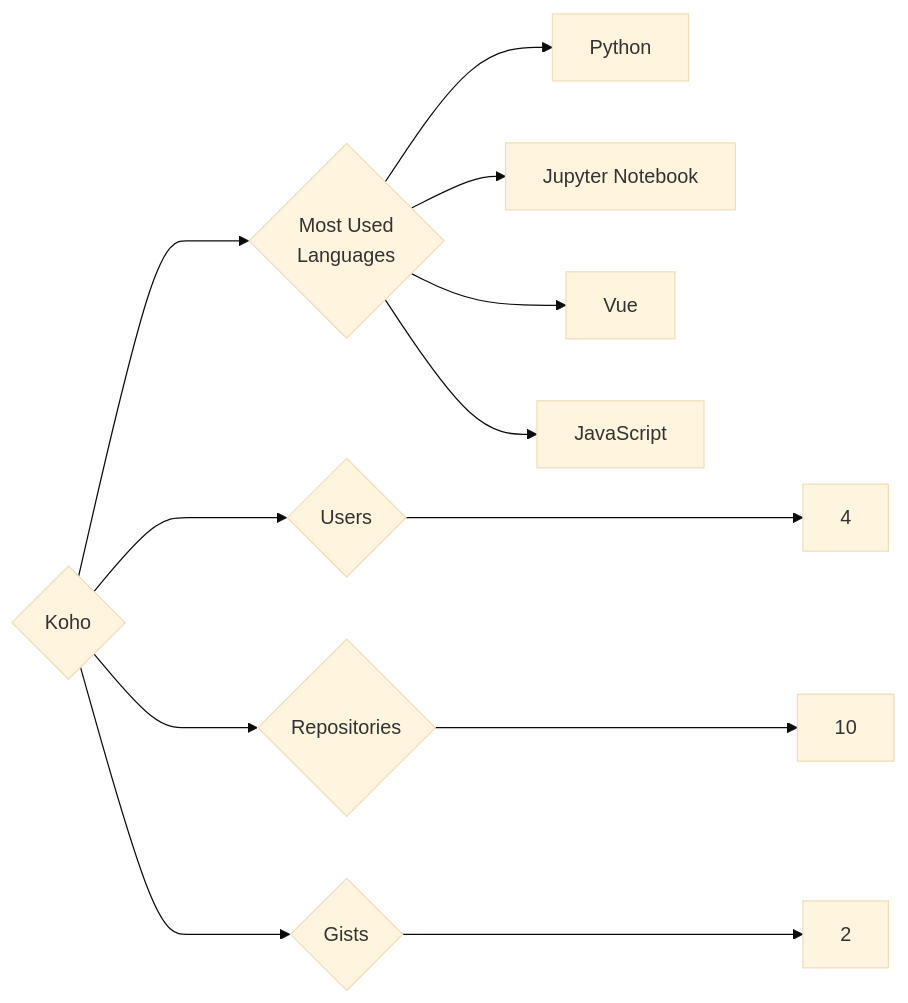
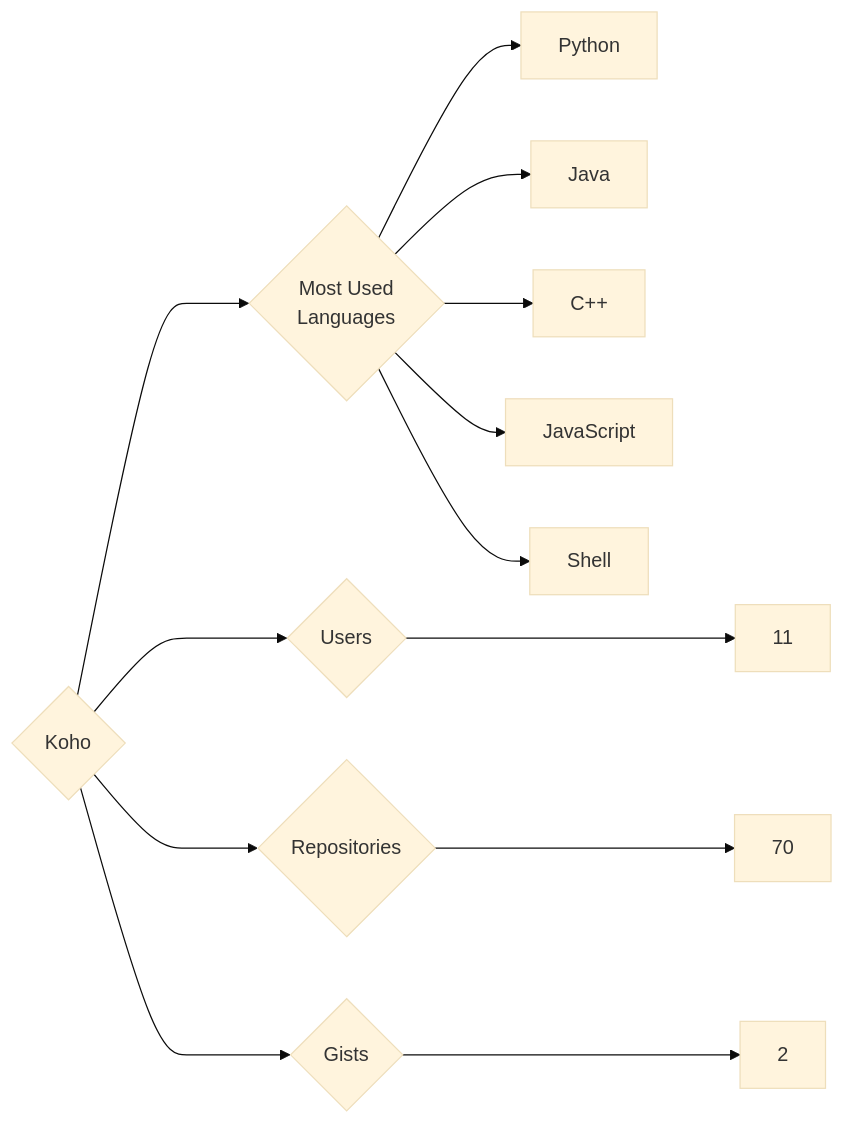
Before and after one commit to trickest/insiders: the diagram in targets/Koho/README.md, drawn with Mermaid (base theme). The commit also changed 1195 other files, not shown here.

````diff
--- a/targets/Koho/README.md
+++ b/targets/Koho/README.md
@@ -3,12 +3,13 @@
 ```mermaid
 graph LR
 COMPANY_NAME{Koho}
-COMPANY_NAME ---> U{Users} ---> UN[4]
-COMPANY_NAME ---> R{Repositories} ---> RN[10]
+COMPANY_NAME ---> U{Users} ---> UN[11]
+COMPANY_NAME ---> R{Repositories} ---> RN[70]
 COMPANY_NAME ---> G{Gists} ---> GN[2]
 COMPANY_NAME ---> ML{Most Used<br>Languages}
 ML --> Python[Python]
-ML --> Jupyter_Notebook[Jupyter Notebook]
-ML --> Vue[Vue]
+ML --> Java[Java]
+ML --> C++[C++]
 ML --> JavaScript[JavaScript]
+ML --> Shell[Shell]
 ```
````
